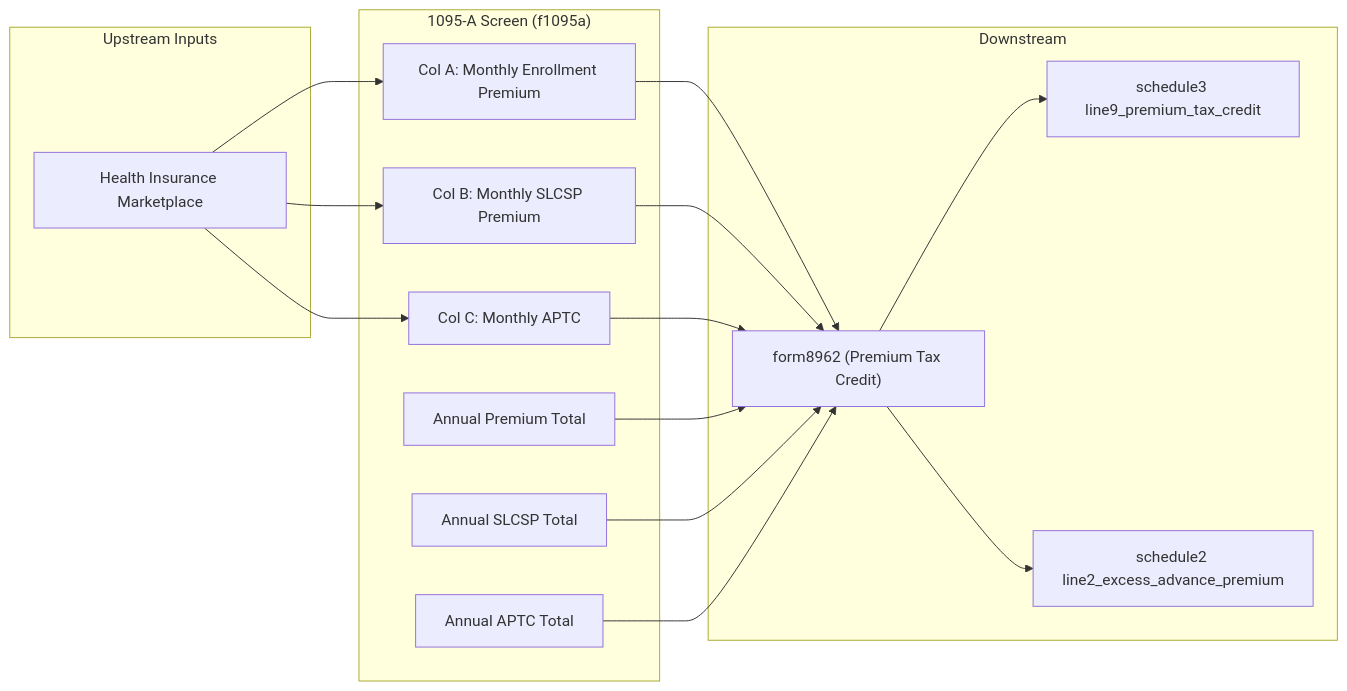
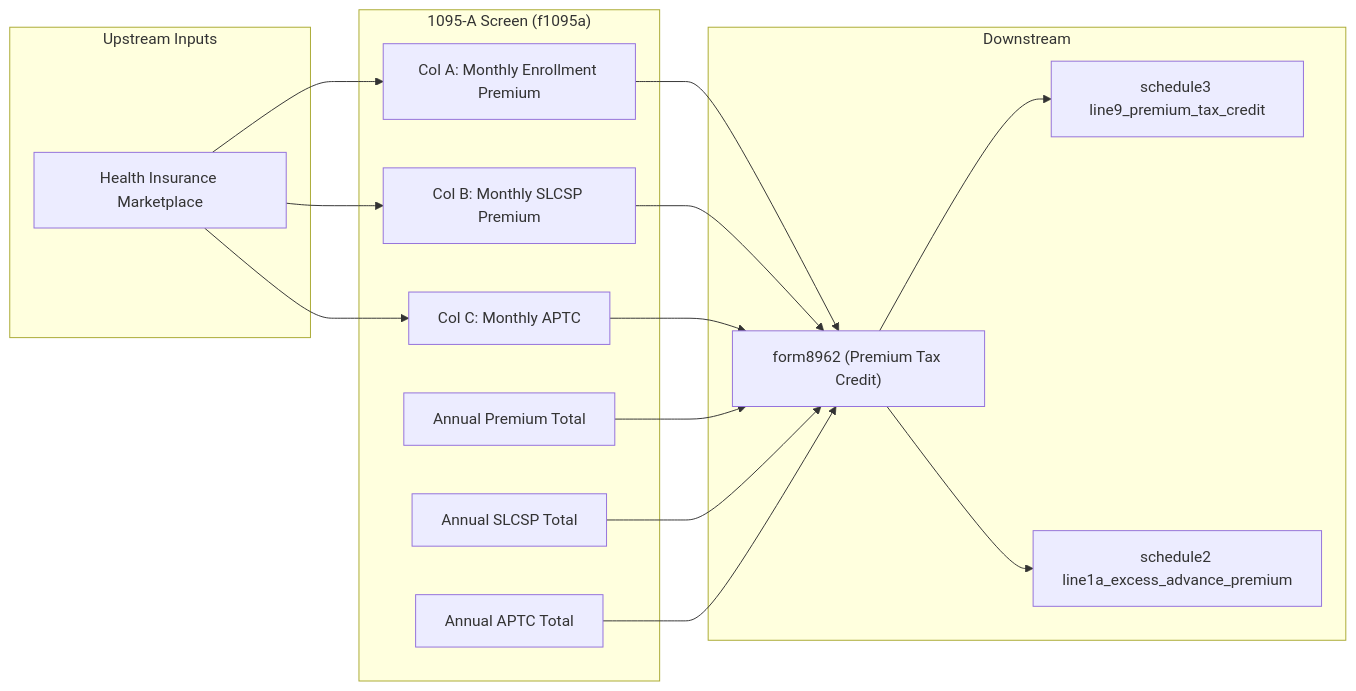
The diagram in forms/f1040/nodes/inputs/f1095a/research/context.md (filedcom/opentax), drawn with Mermaid before and after one commit. The commit also changed other lines of this file and 298 other files, not shown here.

````diff
--- a/forms/f1040/nodes/inputs/f1095a/research/context.md
+++ b/forms/f1040/nodes/inputs/f1095a/research/context.md
@@ -83,24 +86,24 @@
 ```mermaid
 flowchart LR
   subgraph inputs["Upstream Inputs"]
     MKTPLACE["Health Insurance Marketplace"]
   end
   subgraph screen["1095-A Screen (f1095a)"]
     colA["Col A: Monthly Enrollment Premium"]
     colB["Col B: Monthly SLCSP Premium"]
     colC["Col C: Monthly APTC"]
     annA["Annual Premium Total"]
     annB["Annual SLCSP Total"]
     annC["Annual APTC Total"]
   end
   subgraph outputs["Downstream"]
     F8962["form8962 (Premium Tax Credit)"]
     SCH3["schedule3 line9_premium_tax_credit"]
-    SCH2["schedule2 line2_excess_advance_premium"]
+    SCH2["schedule2 line1a_excess_advance_premium"]
   end
   MKTPLACE --> colA & colB & colC
   colA & colB & colC --> F8962
   annA & annB & annC --> F8962
   F8962 --> SCH3
   F8962 --> SCH2
 ```
````
